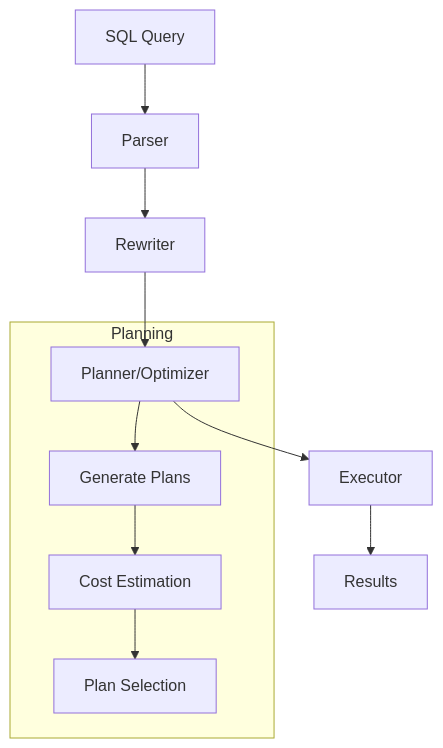
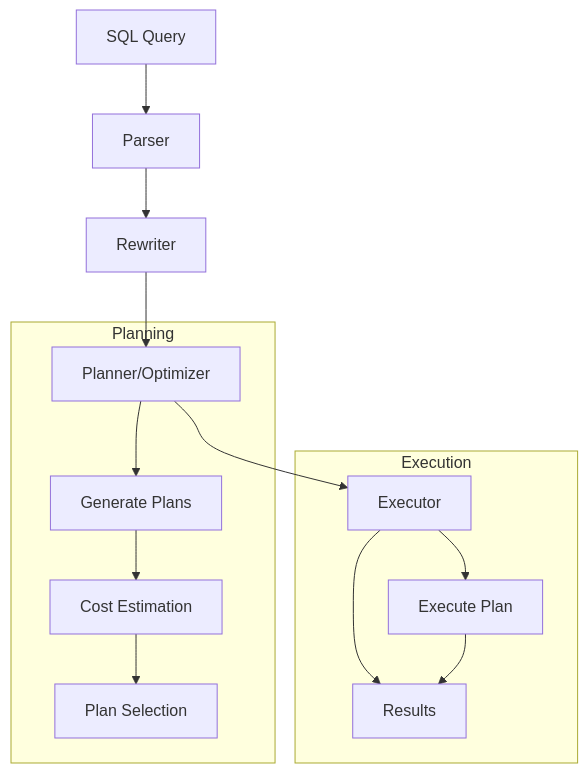
Before and after one commit to jonatas/postgresql-performance-for-rubyists: the fifth of 10 diagrams in examples/03_queries/README.md, drawn with Mermaid. The commit also changed other lines of this file and 4 other files, not shown here.

````diff
--- a/examples/03_queries/README.md
+++ b/examples/03_queries/README.md
@@ -358,14 +402,19 @@
 ```mermaid
 flowchart TD
     A[SQL Query] --> B[Parser]
     B --> C[Rewriter]
     C --> D[Planner/Optimizer]
     D --> E[Executor]
     E --> F[Results]
     
     subgraph Planning
-    D --> D1[Generate Plans]
-    D1 --> D2[Cost Estimation]
-    D2 --> D3[Plan Selection]
+        D --> D1[Generate Plans]
+        D1 --> D2[Cost Estimation]
+        D2 --> D3[Plan Selection]
+    end
+
+    subgraph Execution
+        E --> E1[Execute Plan]
+        E1 --> F[Results]
     end
 ```
````
